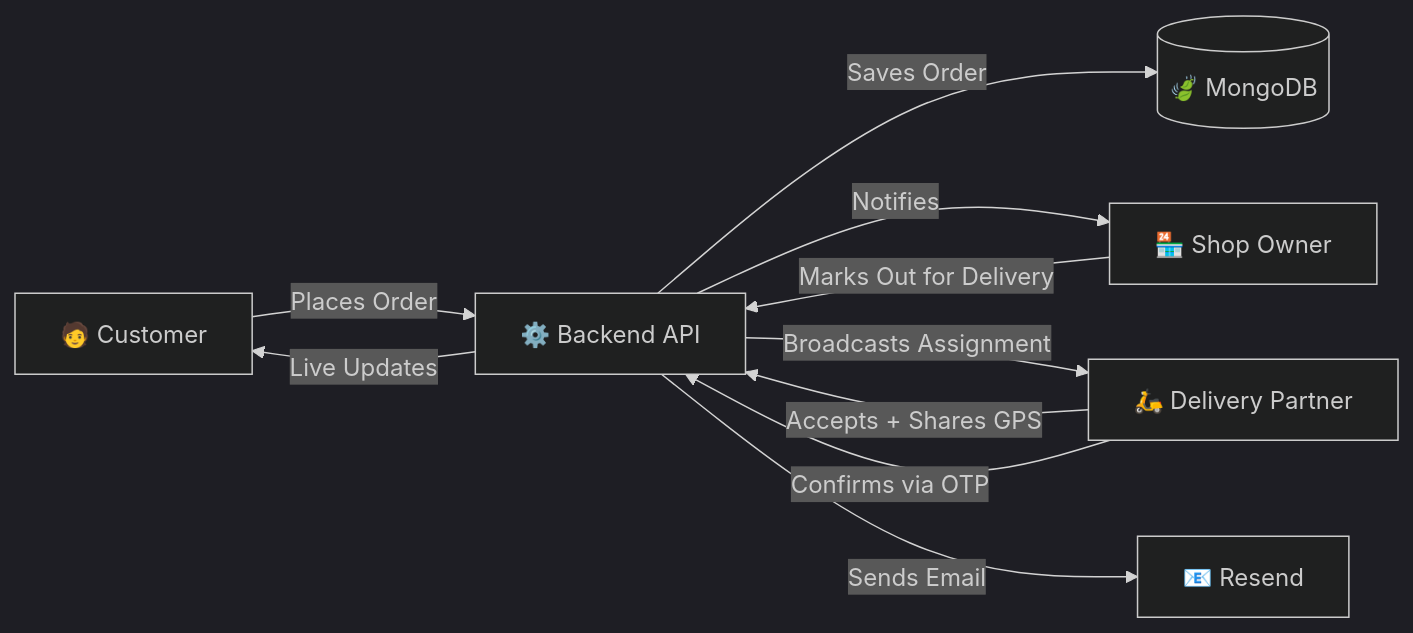
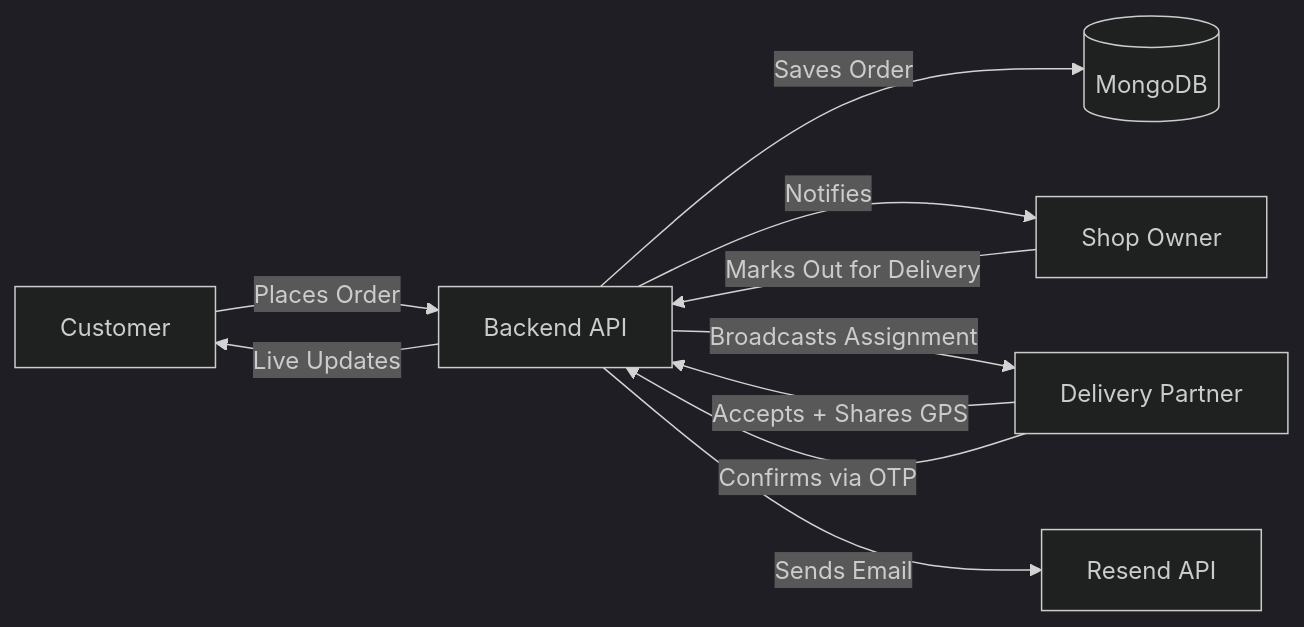
The diagram in README.md (Biswajitpa/Vingo), drawn with Mermaid (dark theme) before and after one commit. The commit also changed other lines of this file, not shown here.

````diff
--- a/README.md
+++ b/README.md
@@ -219,12 +203,12 @@
 ```mermaid
 flowchart LR
-    A[🧑 Customer] -->|Places Order| B[⚙️ Backend API]
-    B -->|Saves Order| C[(🍃 MongoDB)]
-    B -->|Notifies| D[🏪 Shop Owner]
+    A[Customer] -->|Places Order| B[Backend API]
+    B -->|Saves Order| C[(MongoDB)]
+    B -->|Notifies| D[Shop Owner]
     D -->|Marks Out for Delivery| B
-    B -->|Broadcasts Assignment| E[🛵 Delivery Partner]
+    B -->|Broadcasts Assignment| E[Delivery Partner]
     E -->|Accepts + Shares GPS| B
     B -->|Live Updates| A
     E -->|Confirms via OTP| B
-    B -->|Sends Email| F[📧 Resend]
+    B -->|Sends Email| F[Resend API]
 ```
````
